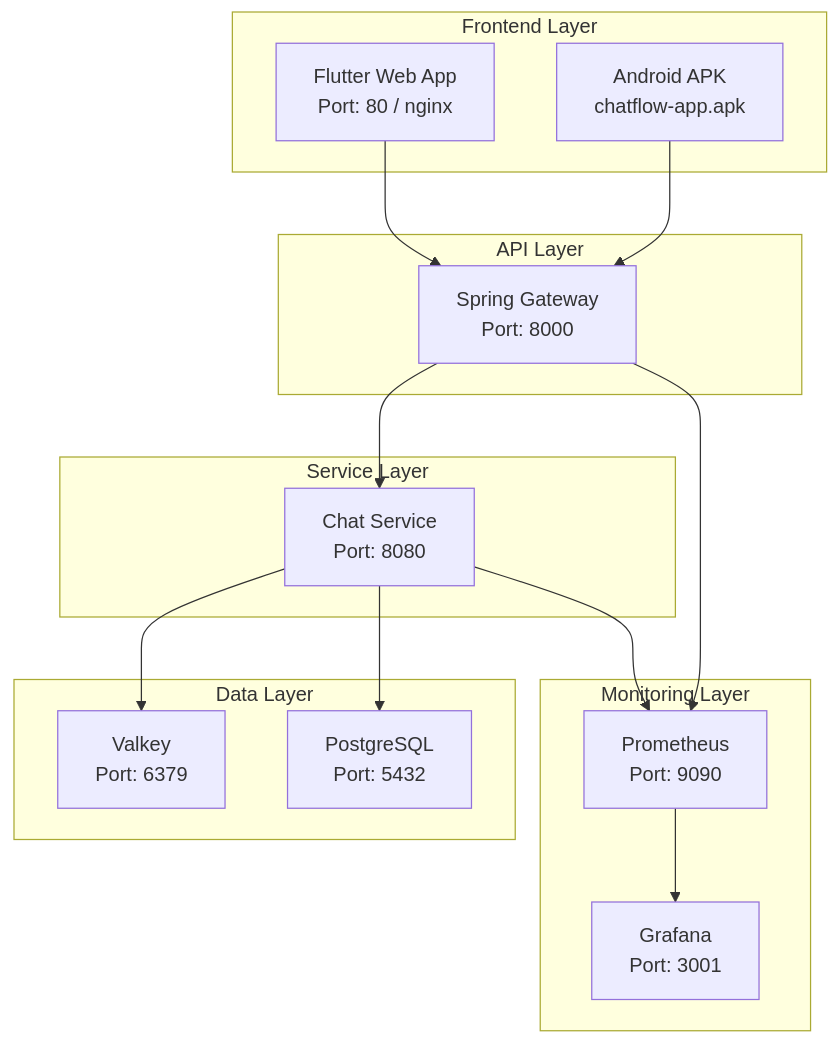
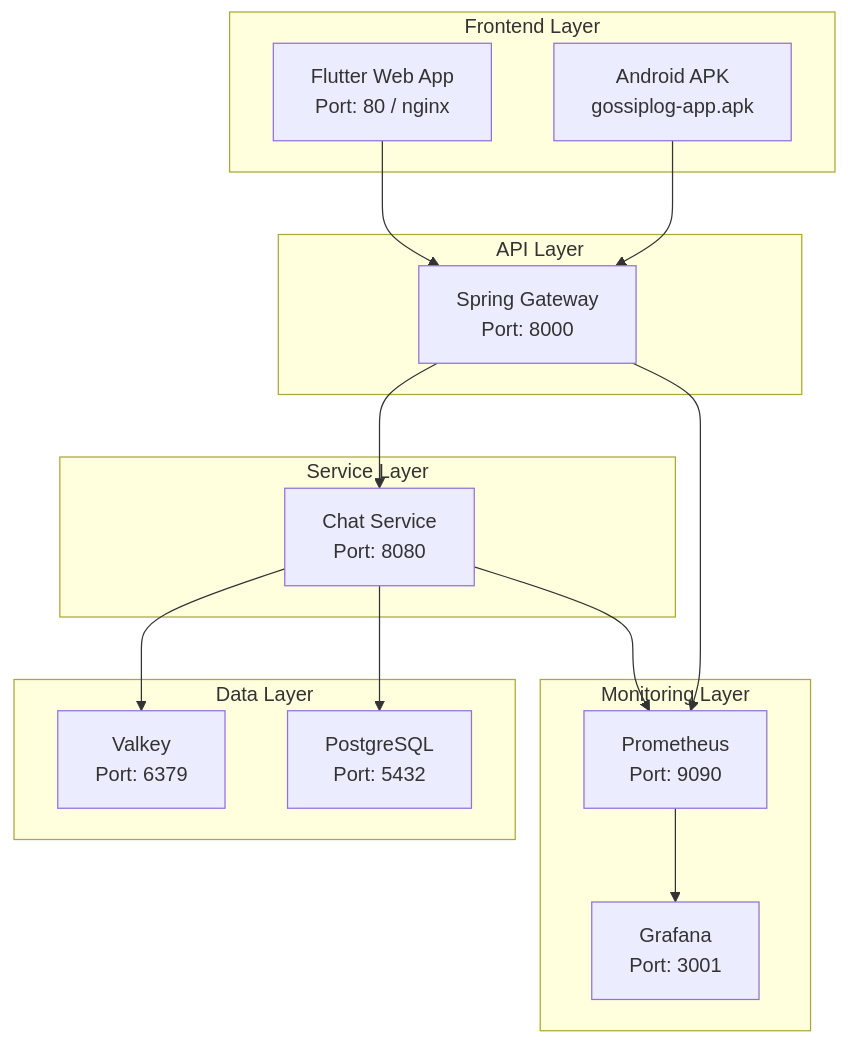
Before and after one commit to KwonSeungwon/chat_flow: the diagram in README.md, drawn with Mermaid. The commit also changed other lines of this file and 44 other files, not shown here.

Commit message:
chore: rename chatflow infra to gossiplog (helm, k8s, scripts, CI, docs)

````diff
--- a/README.md
+++ b/README.md
@@ -31,38 +30,38 @@
 ```mermaid
 graph TB
     subgraph "Frontend Layer"
         WEB[Flutter Web App<br/>Port: 80 / nginx]
-        APK[Android APK<br/>chatflow-app.apk]
+        APK[Android APK<br/>gossiplog-app.apk]
     end
     
     subgraph "API Layer"
         GATEWAY[Spring Gateway<br/>Port: 8000]
     end
     
     subgraph "Service Layer"
         CHAT[Chat Service<br/>Port: 8080]
     end
     
     subgraph "Data Layer"
         VALKEY[Valkey<br/>Port: 6379]
         POSTGRES[PostgreSQL<br/>Port: 5432]
     end
     
     subgraph "Monitoring Layer"
         PROMETHEUS[Prometheus<br/>Port: 9090]
         GRAFANA[Grafana<br/>Port: 3001]
     end
     
     WEB --> GATEWAY
     APK --> GATEWAY
     
     GATEWAY --> CHAT
     
     CHAT --> VALKEY
     CHAT --> POSTGRES
     
     CHAT --> PROMETHEUS
     GATEWAY --> PROMETHEUS
     
     PROMETHEUS --> GRAFANA
 ```
````
